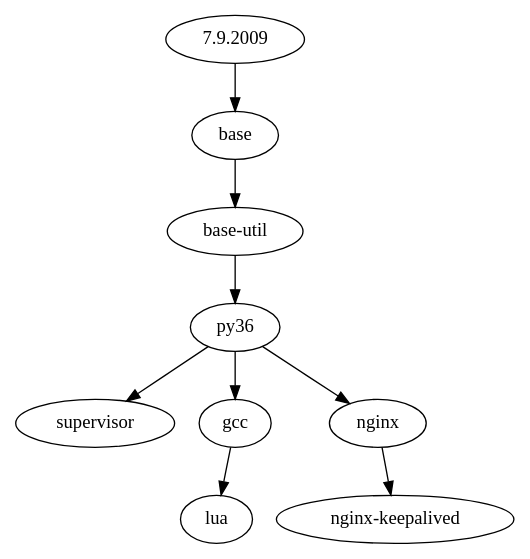
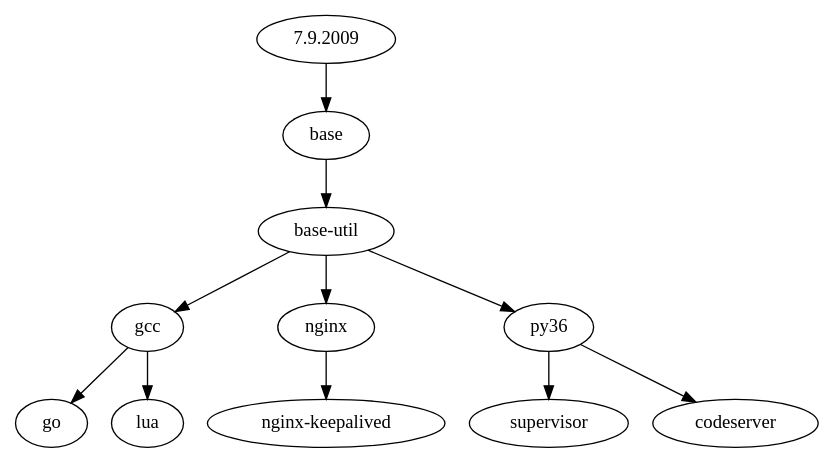
Before and after one commit to QunixHacker/dockerfiles: the diagram in docs/h.dot, drawn with Graphviz. The commit also changed 12 other files, not shown here.

```diff
--- a/docs/h.dot
+++ b/docs/h.dot
@@ -1,8 +1,7 @@
 digraph {
-	"7.9.2009" -> "base"
-	"base" ->  "base-util"
-	"base-util" -> "py36"
-	"py36"	-> {"supervisor", "gcc", "nginx"}
-	"gcc" 	-> "lua"
-	"nginx"	->	"nginx-keepalived"
+	"7.9.2009" -> "base";
+	"base" ->  "base-util";
+	"base-util" -> "gcc" -> {"go", "lua"};
+	"base-util" -> "nginx"->	"nginx-keepalived";
+	"base-util" -> "py36" ->  {"supervisor", "codeserver"};
 }
```
